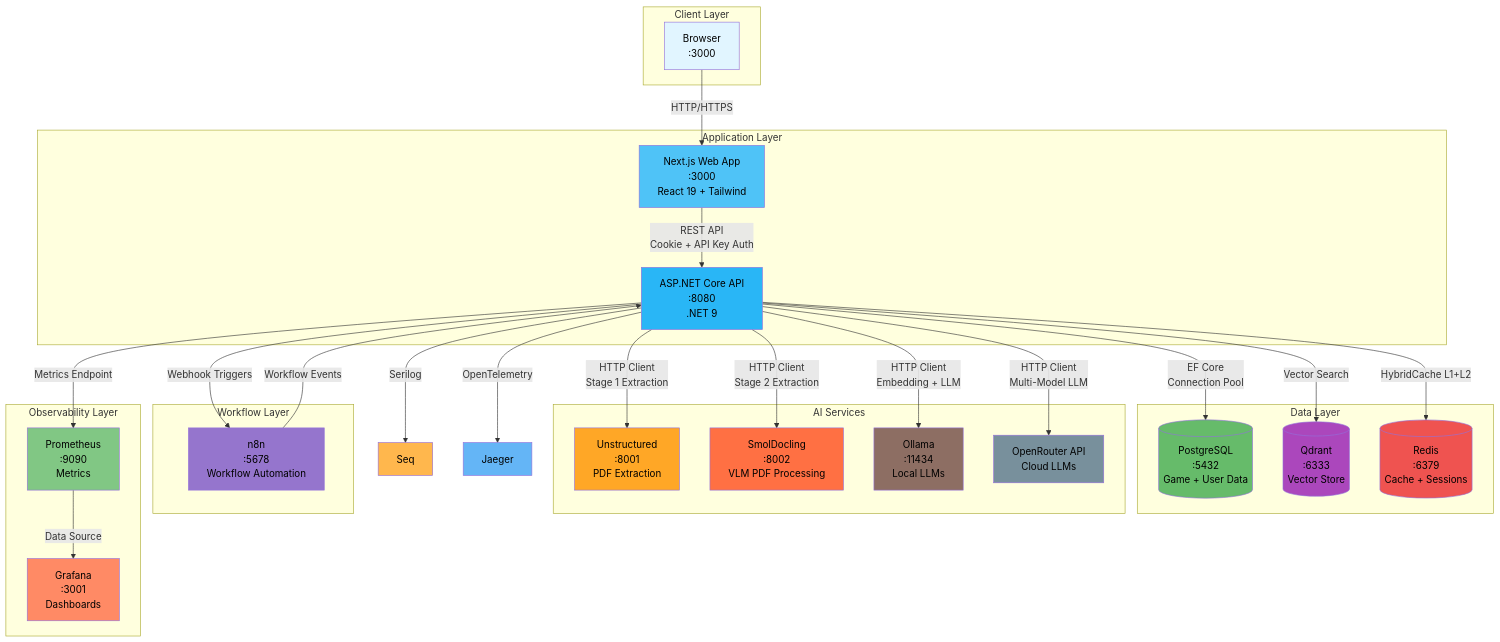
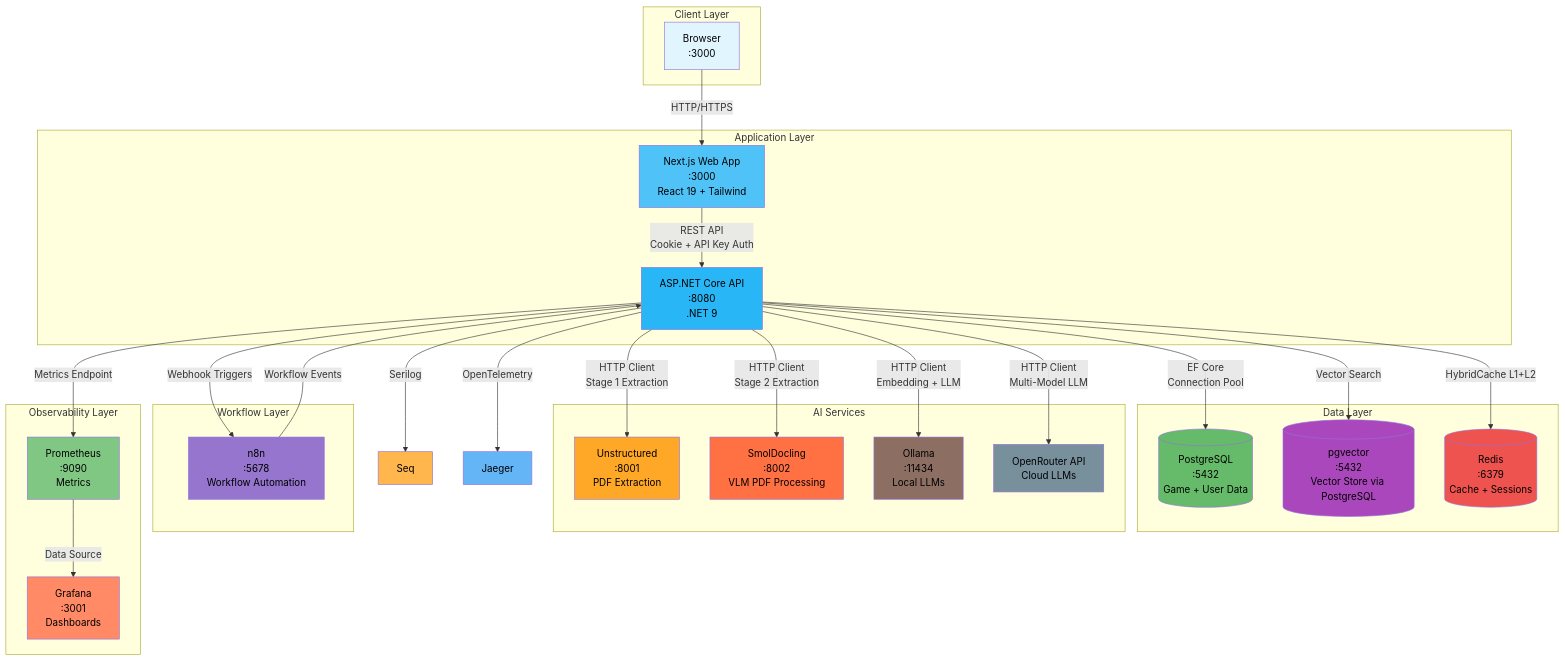
The first of 2 diagrams in docs/for-claude/architecture/diagrams/infrastructure-overview.md (meepleAi-app/meepleai-monorepo), drawn with Mermaid before and after one commit. The commit also changed other lines of this file and 13 other files, not shown here.

````diff
--- a/docs/for-claude/architecture/diagrams/infrastructure-overview.md
+++ b/docs/for-claude/architecture/diagrams/infrastructure-overview.md
@@ -5,69 +5,69 @@
 ```mermaid
 graph TB
     subgraph "Client Layer"
         Browser[Browser<br/>:3000]
     end
 
     subgraph "Application Layer"
         Web[Next.js Web App<br/>:3000<br/>React 19 + Tailwind]
         API[ASP.NET Core API<br/>:8080<br/>.NET 9]
     end
 
     subgraph "Data Layer"
         PG[(PostgreSQL<br/>:5432<br/>Game + User Data)]
-        Qdrant[(Qdrant<br/>:6333<br/>Vector Store)]
+        pgvector[(pgvector<br/>:5432<br/>Vector Store via PostgreSQL)]
         Redis[(Redis<br/>:6379<br/>Cache + Sessions)]
     end
 
     subgraph "AI Services"
         Unstructured[Unstructured<br/>:8001<br/>PDF Extraction]
         SmolDocling[SmolDocling<br/>:8002<br/>VLM PDF Processing]
         Ollama[Ollama<br/>:11434<br/>Local LLMs]
         OpenRouter[OpenRouter API<br/>Cloud LLMs]
     end
 
     subgraph "Workflow Layer"
         N8N[n8n<br/>:5678<br/>Workflow Automation]
     end
 
     subgraph "Observability Layer"
         Prometheus[Prometheus<br/>:9090<br/>Metrics]
         Grafana[Grafana<br/>:3001<br/>Dashboards]
     end
 
     Browser -->|HTTP/HTTPS| Web
     Web -->|REST API<br/>Cookie + API Key Auth| API
 
     API -->|EF Core<br/>Connection Pool| PG
-    API -->|Vector Search| Qdrant
+    API -->|Vector Search| pgvector
     API -->|HybridCache L1+L2| Redis
 
     API -->|HTTP Client<br/>Stage 1 Extraction| Unstructured
     API -->|HTTP Client<br/>Stage 2 Extraction| SmolDocling
     API -->|HTTP Client<br/>Embedding + LLM| Ollama
     API -->|HTTP Client<br/>Multi-Model LLM| OpenRouter
 
     API -->|Webhook Triggers| N8N
     N8N -->|Workflow Events| API
 
     API -->|Serilog| Seq
     API -->|OpenTelemetry| Jaeger
     API -->|Metrics Endpoint| Prometheus
     Prometheus -->|Data Source| Grafana
 
     style Browser fill:#e1f5ff,color:#000
     style Web fill:#4fc3f7,color:#000
     style API fill:#29b6f6,color:#000
     style PG fill:#66bb6a,color:#000
-    style Qdrant fill:#ab47bc,color:#000
+    style pgvector fill:#ab47bc,color:#000
     style Redis fill:#ef5350,color:#000
     style Unstructured fill:#ffa726,color:#000
     style SmolDocling fill:#ff7043,color:#000
     style Ollama fill:#8d6e63,color:#000
     style OpenRouter fill:#78909c,color:#000
     style N8N fill:#9575cd,color:#000
     style Seq fill:#ffb74d,color:#000
     style Jaeger fill:#64b5f6,color:#000
     style Prometheus fill:#81c784,color:#000
     style Grafana fill:#ff8a65,color:#000
 ```
````
